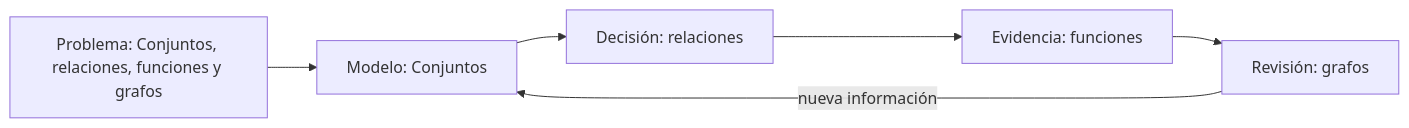
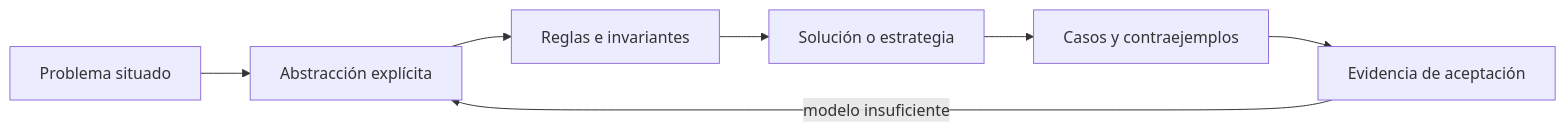
Before and after one commit to vladimiracunadev-create/modern-software-engineering-program: the diagram in classes/part-04-pensamiento-computacional-y-resolucion-de-problemas/se-051-conjuntos-relaciones-funciones-y-grafos/README.md, drawn with Mermaid. The commit also changed other lines of this file and 84 other files, not shown here.

````diff
--- a/classes/part-04-pensamiento-computacional-y-resolucion-de-problemas/se-051-conjuntos-relaciones-funciones-y-grafos/README.md
+++ b/classes/part-04-pensamiento-computacional-y-resolucion-de-problemas/se-051-conjuntos-relaciones-funciones-y-grafos/README.md
@@ -40,8 +27,9 @@
 ```mermaid
 flowchart LR
-    P["Problema: Conjuntos, relaciones, funciones y grafos"] --> M["Modelo: Conjuntos"]
-    M --> D["Decisión: relaciones"]
-    D --> E["Evidencia: funciones"]
-    E --> R["Revisión: grafos"]
-    R -->|nueva información| M
+    P[Problema situado] --> A[Abstracción explícita]
+    A --> R[Reglas e invariantes]
+    R --> S[Solución o estrategia]
+    S --> C[Casos y contraejemplos]
+    C --> E[Evidencia de aceptación]
+    E -->|modelo insuficiente| A
 ```
````
